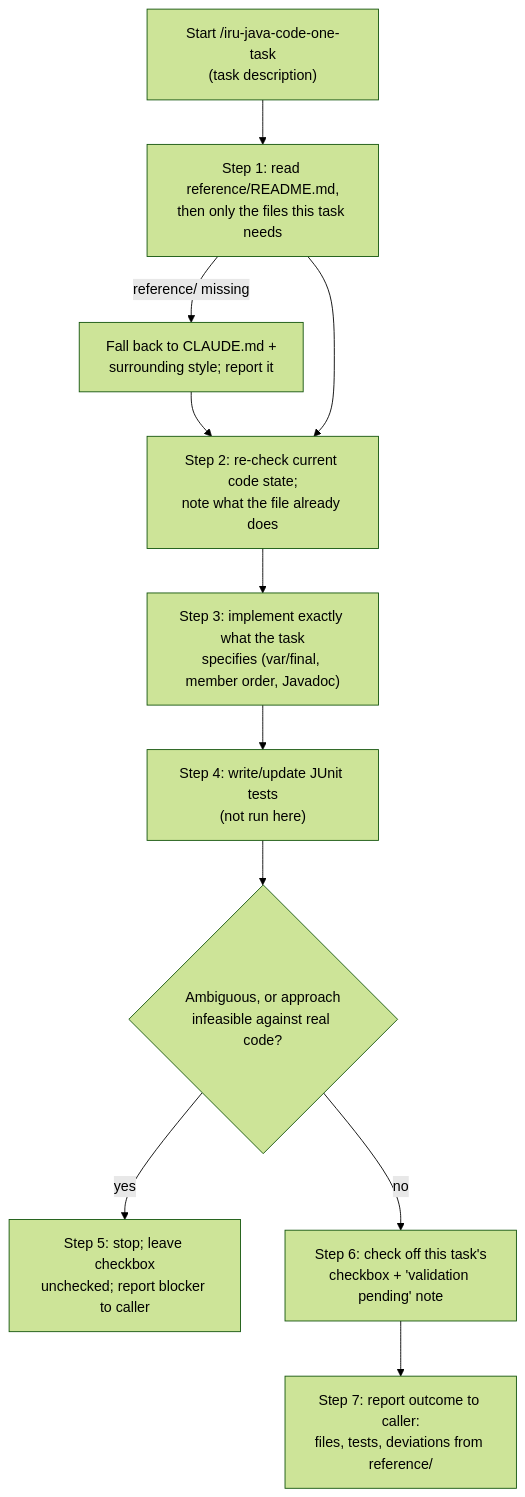
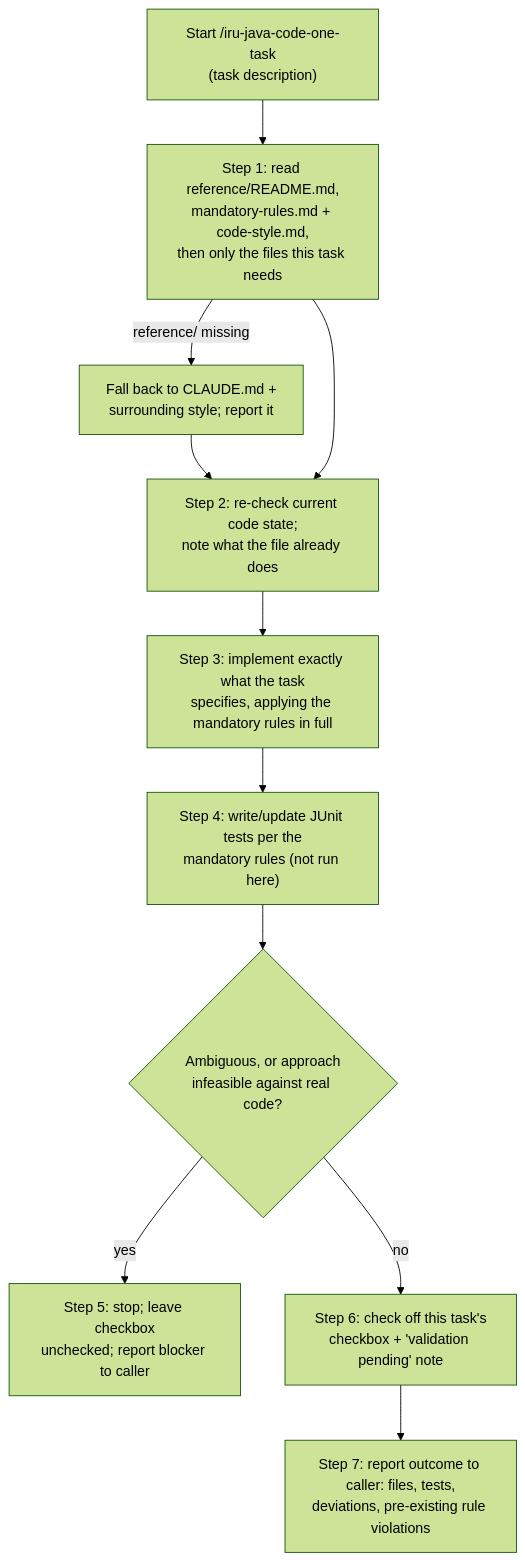
Before and after one commit to albertoirurueta/ai-catalog: the diagram in docs/modules/ROOT/pages/skills/iru-java-code-one-task.adoc, drawn with Mermaid (forest theme). The commit also changed other lines of this file and 87 other files, not shown here.

```diff
--- a/docs/modules/ROOT/pages/skills/iru-java-code-one-task.adoc
+++ b/docs/modules/ROOT/pages/skills/iru-java-code-one-task.adoc
@@ -139,14 +165,14 @@
 [mermaid]
 ....
 flowchart TD
-    A["Start /iru-java-code-one-task\n(task description)"] --> B["Step 1: read reference/README.md,\nthen only the files this task needs"]
+    A["Start /iru-java-code-one-task\n(task description)"] --> B["Step 1: read reference/README.md,\nmandatory-rules.md + code-style.md,\nthen only the files this task needs"]
     B -- "reference/ missing" --> B2["Fall back to CLAUDE.md +\nsurrounding style; report it"]
     B2 --> C
     B --> C["Step 2: re-check current code state;\nnote what the file already does"]
-    C --> D["Step 3: implement exactly what the task\nspecifies (var/final, member order, Javadoc)"]
-    D --> E["Step 4: write/update JUnit tests\n(not run here)"]
+    C --> D["Step 3: implement exactly what the task\nspecifies, applying the mandatory rules in full"]
+    D --> E["Step 4: write/update JUnit tests per the\nmandatory rules (not run here)"]
     E --> F{"Ambiguous, or approach\ninfeasible against real code?"}
     F -- yes --> G["Step 5: stop; leave checkbox\nunchecked; report blocker to caller"]
     F -- no --> H["Step 6: check off this task's\ncheckbox + 'validation pending' note"]
-    H --> I["Step 7: report outcome to caller:\nfiles, tests, deviations from reference/"]
+    H --> I["Step 7: report outcome to caller: files, tests,\ndeviations, pre-existing rule violations"]
 ....
```
